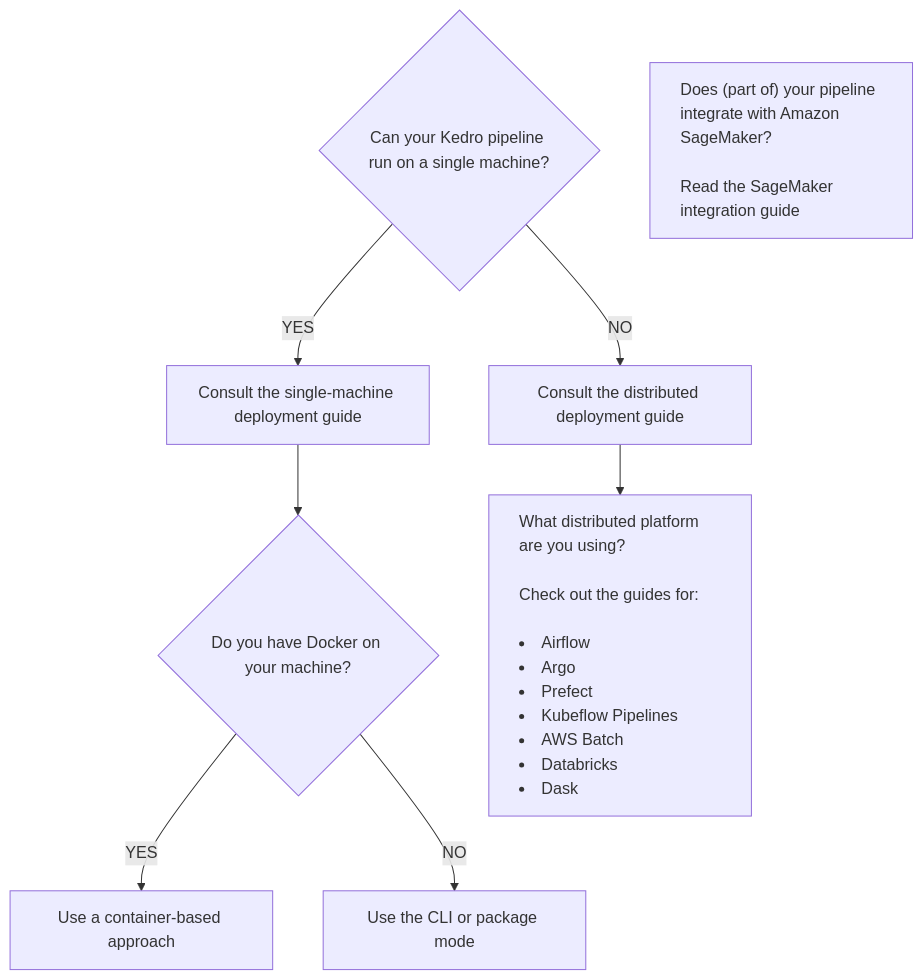
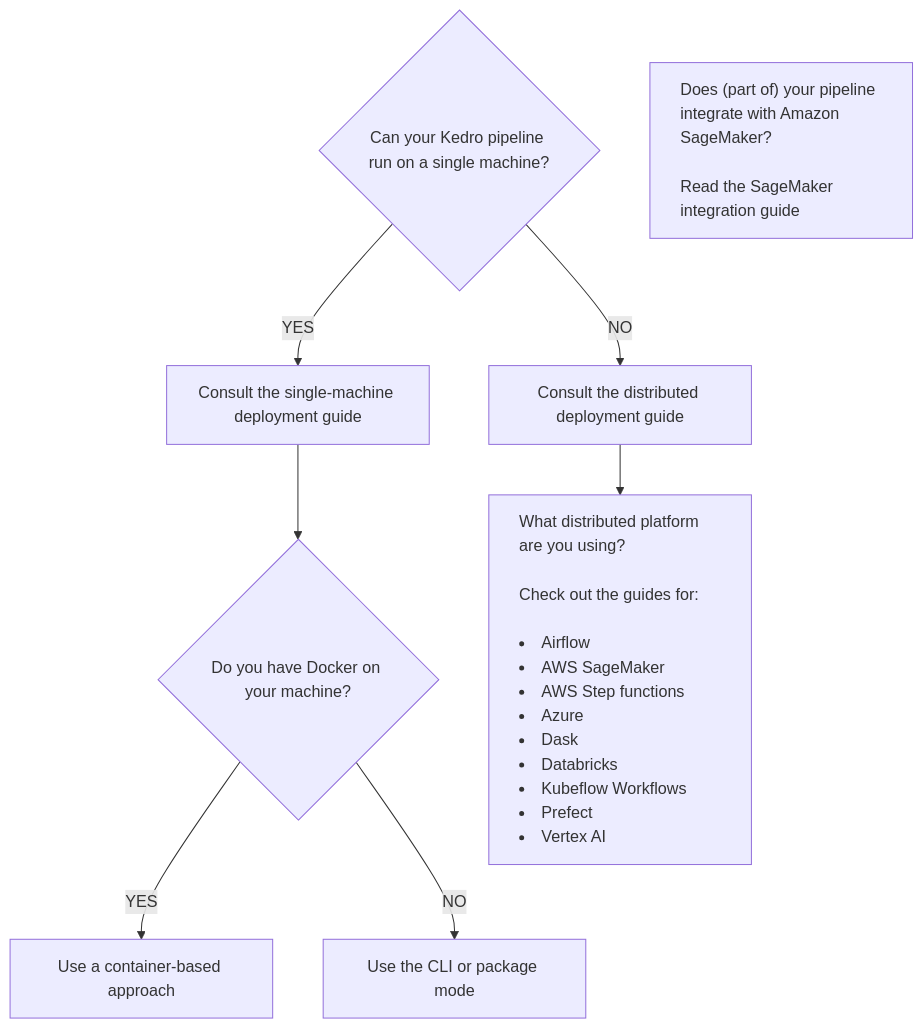
One commit to kedro-org/kedro changed the diagram in docs/source/deployment/index.md. Above: the diagram before and after it, drawn with Mermaid. The commit also changed other lines of this file and 4 other files, not shown here.

````diff
--- a/docs/source/deployment/index.md
+++ b/docs/source/deployment/index.md
@@ -24,12 +34,12 @@
 ```{mermaid}
 flowchart TD
     A{Can your Kedro pipeline run on a single machine?} -- YES --> B[Consult the single-machine deployment guide];
     B --> C{Do you have Docker on your machine?};
     C -- YES --> D[Use a container-based approach];
     C -- NO --> E[Use the CLI or package mode];
     A -- NO --> F[Consult the distributed deployment guide];
-    F --> G["What distributed platform are you using?<br/><br/>Check out the guides for:<br/><br/><li>Airflow</li><li>Argo</li><li>Prefect</li><li>Kubeflow Pipelines</li><li>AWS Batch</li><li>Databricks</li><li>Dask</li>"];
+    F --> G["What distributed platform are you using?<br/><br/>Check out the guides for:<br/><br/><li>Airflow</li><li>AWS SageMaker</li><li>AWS Step functions</li><li>Azure</li><li>Dask</li><li>Databricks</li><li>Kubeflow Workflows</li><li>Prefect</li><li>Vertex AI</li>"];
     style G text-align:left
     H["Does (part of) your pipeline integrate with Amazon SageMaker?<br/><br/>Read the SageMaker integration guide"];
     style H text-align:left
 ```
````
